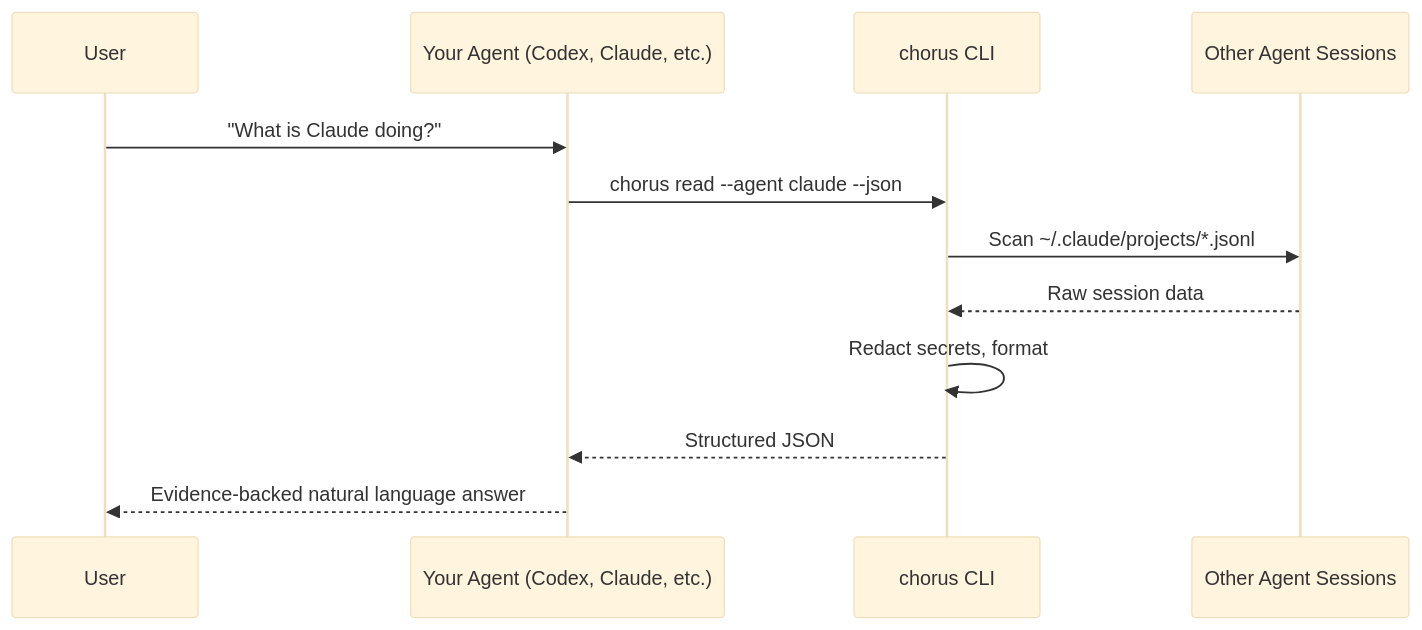
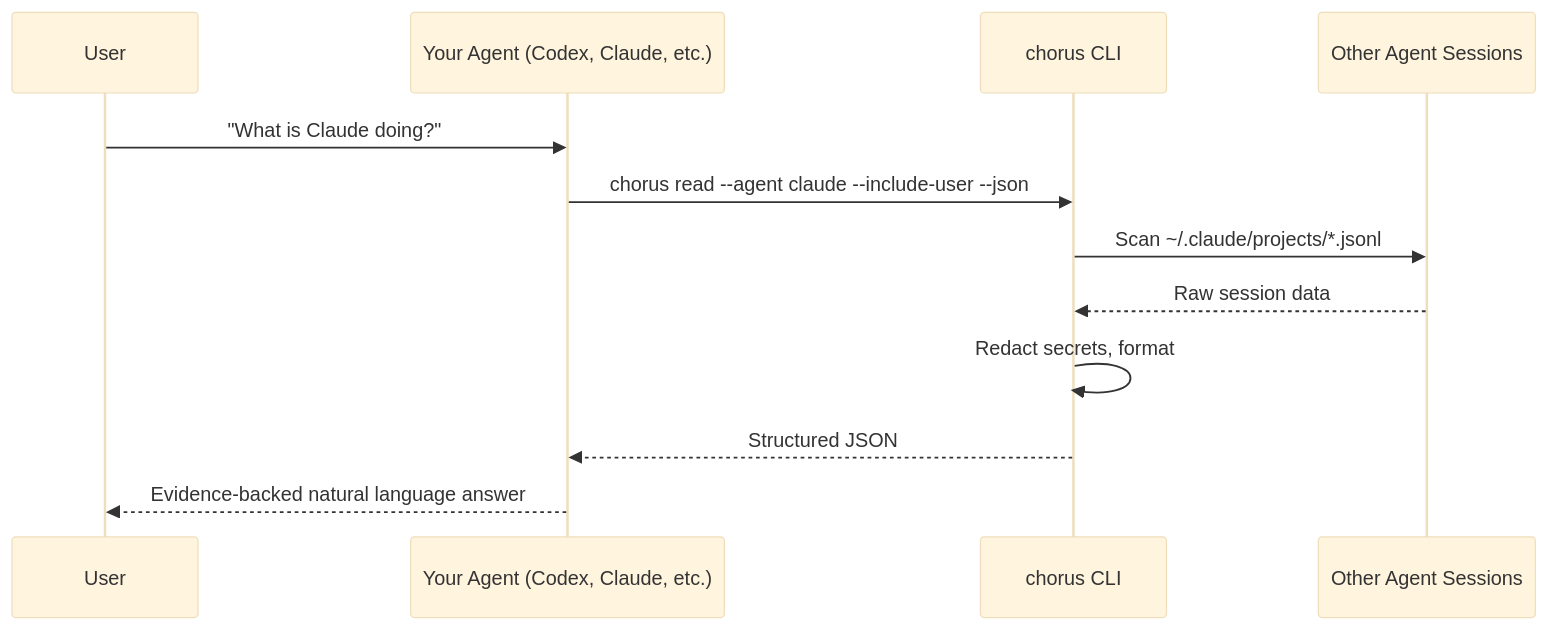
One commit to cote-star/agent-chorus changed the diagram in README.md. Above: the diagram before and after it, drawn with Mermaid (base theme). The commit also changed other lines of this file and 6 other files, not shown here.

````diff
--- a/README.md
+++ b/README.md
@@ -246,15 +248,15 @@
 ```mermaid
 sequenceDiagram
     participant User
     participant Agent as Your Agent (Codex, Claude, etc.)
     participant Chorus as chorus CLI
     participant Sessions as Other Agent Sessions
 
     User->>Agent: "What is Claude doing?"
-    Agent->>Chorus: chorus read --agent claude --json
+    Agent->>Chorus: chorus read --agent claude --include-user --json
     Chorus->>Sessions: Scan ~/.claude/projects/*.jsonl
     Sessions-->>Chorus: Raw session data
     Chorus->>Chorus: Redact secrets, format
     Chorus-->>Agent: Structured JSON
     Agent-->>User: Evidence-backed natural language answer
 ```
````
